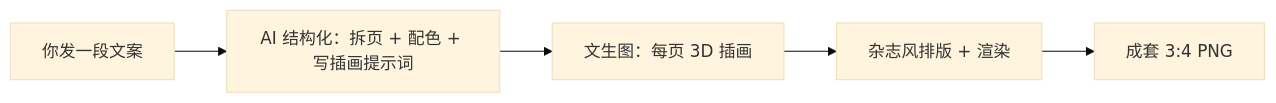
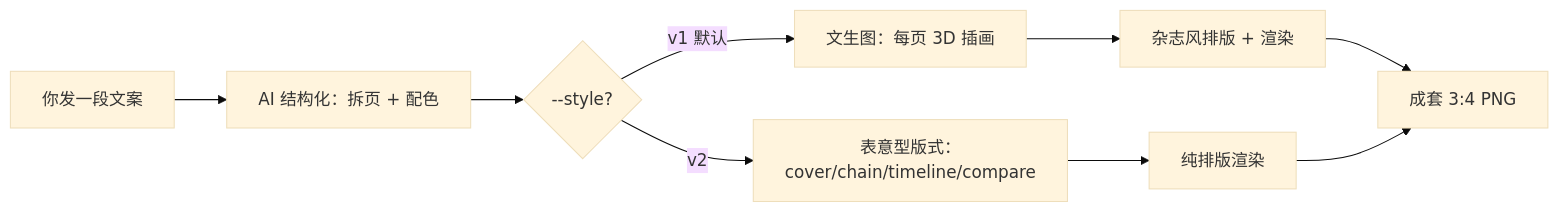
Before and after one commit to Wanqiu12345/screenshot-infographic-skill: the second of 2 diagrams in README.md, drawn with Mermaid (base theme). The commit also changed other lines of this file, not shown here.

````diff
--- a/README.md
+++ b/README.md
@@ -311,7 +321,9 @@
 ```mermaid
 flowchart LR
-    A[你发一段文案] --> B[AI 结构化：拆页 + 配色 + 写插画提示词]
-    B --> C[文生图：每页 3D 插画]
-    C --> D[杂志风排版 + 渲染]
-    D --> E[成套 3:4 PNG]
+    A[你发一段文案] --> B[AI 结构化：拆页 + 配色]
+    B --> C1{--style?}
+    C1 -->|v1 默认| D1[文生图：每页 3D 插画] --> E1[杂志风排版 + 渲染]
+    C1 -->|v2| D2[表意型版式：cover/chain/timeline/compare] --> E2[纯排版渲染]
+    E1 --> F[成套 3:4 PNG]
+    E2 --> F
 ```
````
